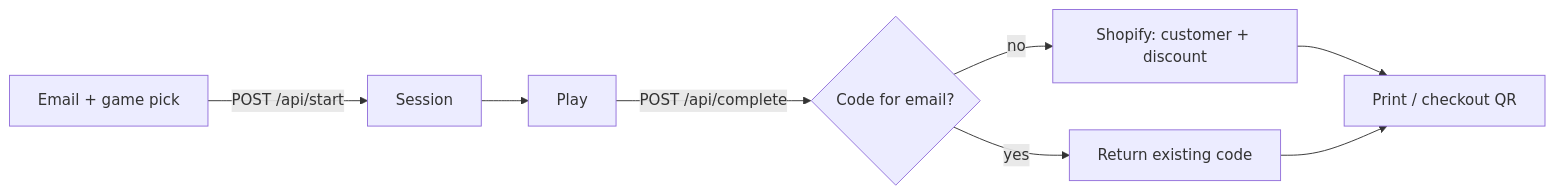
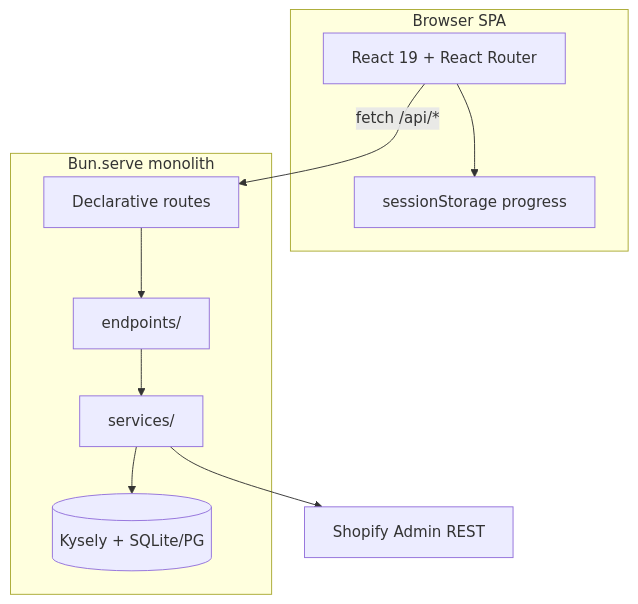
One commit to mjweaver01/achieve-victory changed the diagram in README.md. Above: the diagram before and after it, drawn with Mermaid. The commit also changed other lines of this file and 35 other files, not shown here.

````diff
--- a/README.md
+++ b/README.md
@@ -11,10 +13,19 @@
 ```mermaid
-flowchart LR
-  A[Email + game pick] -->|POST /api/start| B[Session]
-  B --> C[Play]
-  C -->|POST /api/complete| D{Code for email?}
-  D -->|no| E[Shopify: customer + discount]
-  D -->|yes| F[Return existing code]
-  E --> G[Print / checkout QR]
-  F --> G
+flowchart TB
+  subgraph client [Browser SPA]
+    React[React 19 + React Router]
+    SS[sessionStorage progress]
+  end
+  subgraph server [Bun.serve monolith]
+    Routes[Declarative routes]
+    EP[endpoints/]
+    SVC[services/]
+    DB[(Kysely + SQLite/PG)]
+  end
+  Shopify[Shopify Admin REST]
+  React -->|fetch /api/*| Routes
+  Routes --> EP --> SVC
+  SVC --> DB
+  SVC --> Shopify
+  React --> SS
 ```
````
